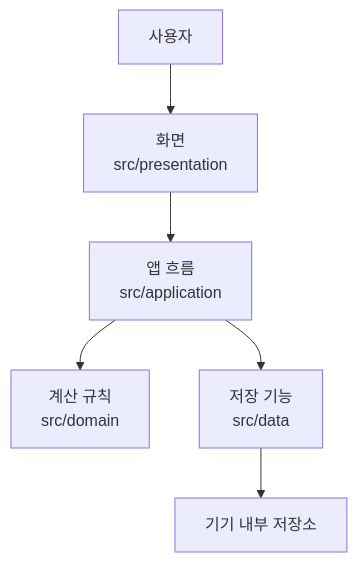
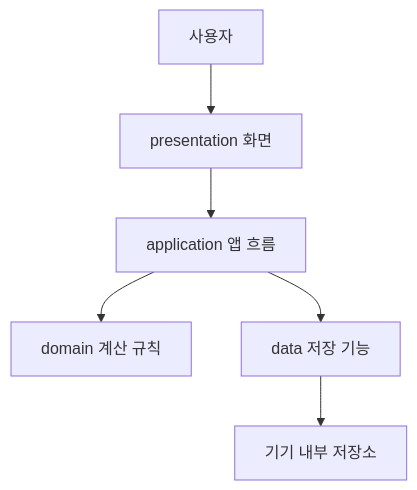
The diagram in architecture.md (winjjws-hash/Finbit), drawn with Mermaid before and after one commit. The commit also changed other lines of this file and 7 other files, not shown here.

````diff
--- a/architecture.md
+++ b/architecture.md
@@ -22,8 +15,8 @@
 ```mermaid
 flowchart TD
-  User["사용자"] --> Screen["화면\nsrc/presentation"]
-  Screen --> AppFlow["앱 흐름\nsrc/application"]
-  AppFlow --> Rule["계산 규칙\nsrc/domain"]
-  AppFlow --> Save["저장 기능\nsrc/data"]
-  Save --> Local["기기 내부 저장소"]
+  User["사용자"] --> Presentation["presentation 화면"]
+  Presentation --> Application["application 앱 흐름"]
+  Application --> Domain["domain 계산 규칙"]
+  Application --> Data["data 저장 기능"]
+  Data --> Local["기기 내부 저장소"]
 ```
````
